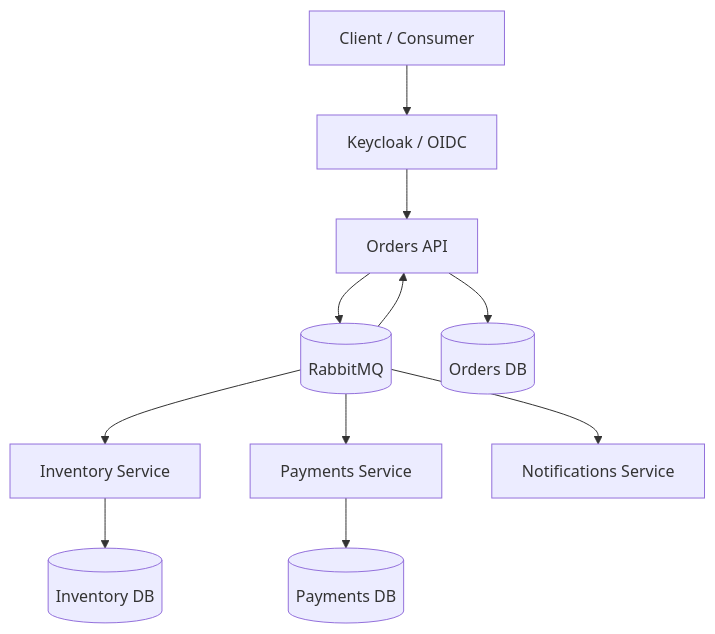
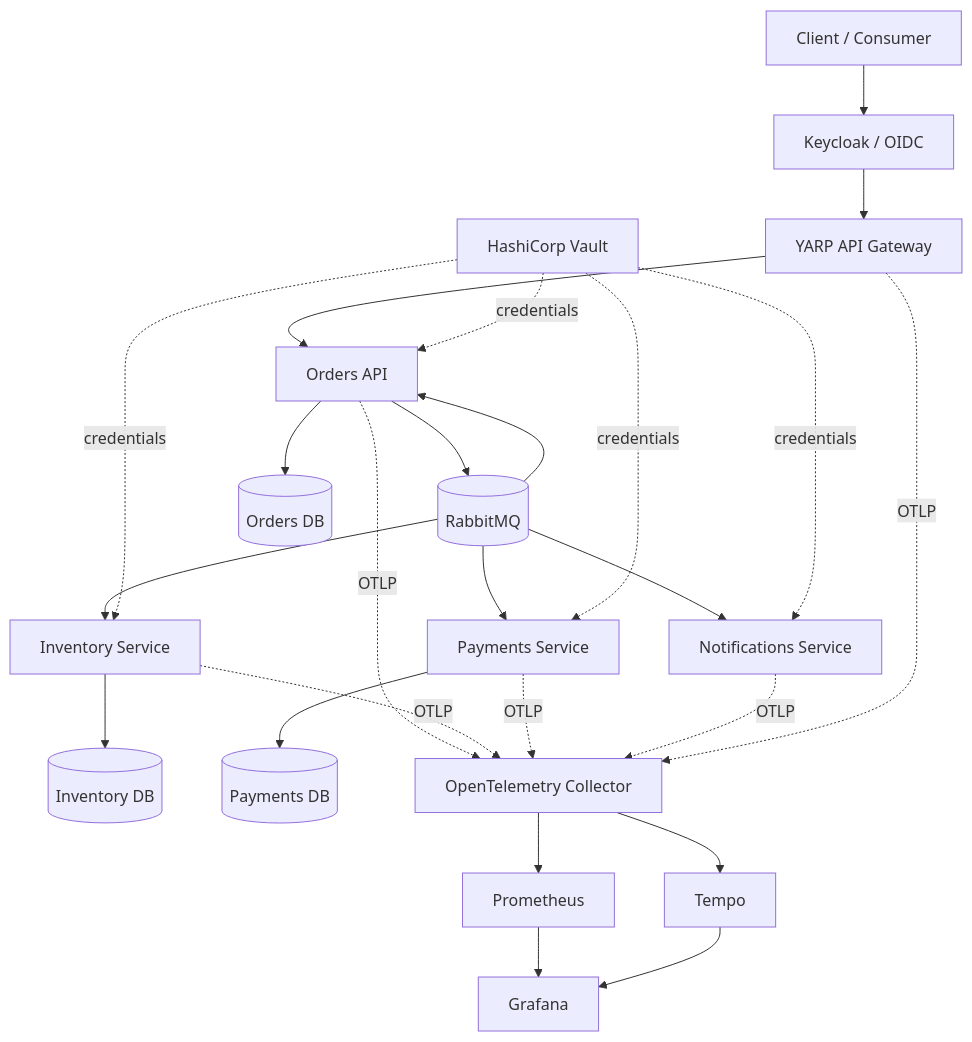
The first of 2 diagrams in docs/architecture.en.md (WillianZanutoOliveira/api-dotnet), drawn with Mermaid before and after one commit. The commit also changed other lines of this file, not shown here.

Commit message:
Document gateway Vault and observability topology in English

````diff
--- a/docs/architecture.en.md
+++ b/docs/architecture.en.md
@@ -24,16 +24,32 @@
 ```mermaid
 flowchart TB
     User[Client / Consumer]
     User --> Keycloak[Keycloak / OIDC]
-    Keycloak --> Orders[Orders API]
+    Keycloak --> Gateway[YARP API Gateway]
+    Gateway --> Orders[Orders API]
 
     Orders --> Rabbit[(RabbitMQ)]
     Rabbit --> Inventory[Inventory Service]
     Rabbit --> Payments[Payments Service]
     Rabbit --> Notifications[Notifications Service]
     Rabbit --> Orders
 
     Orders --> OrdersDb[(Orders DB)]
     Inventory --> InventoryDb[(Inventory DB)]
     Payments --> PaymentsDb[(Payments DB)]
+
+    Vault[HashiCorp Vault] -. credentials .-> Orders
+    Vault -. credentials .-> Inventory
+    Vault -. credentials .-> Payments
+    Vault -. credentials .-> Notifications
+
+    Orders -. OTLP .-> Collector[OpenTelemetry Collector]
+    Inventory -. OTLP .-> Collector
+    Payments -. OTLP .-> Collector
+    Notifications -. OTLP .-> Collector
+    Gateway -. OTLP .-> Collector
+    Collector --> Tempo[Tempo]
+    Collector --> Prometheus[Prometheus]
+    Prometheus --> Grafana[Grafana]
+    Tempo --> Grafana
 ```
````
